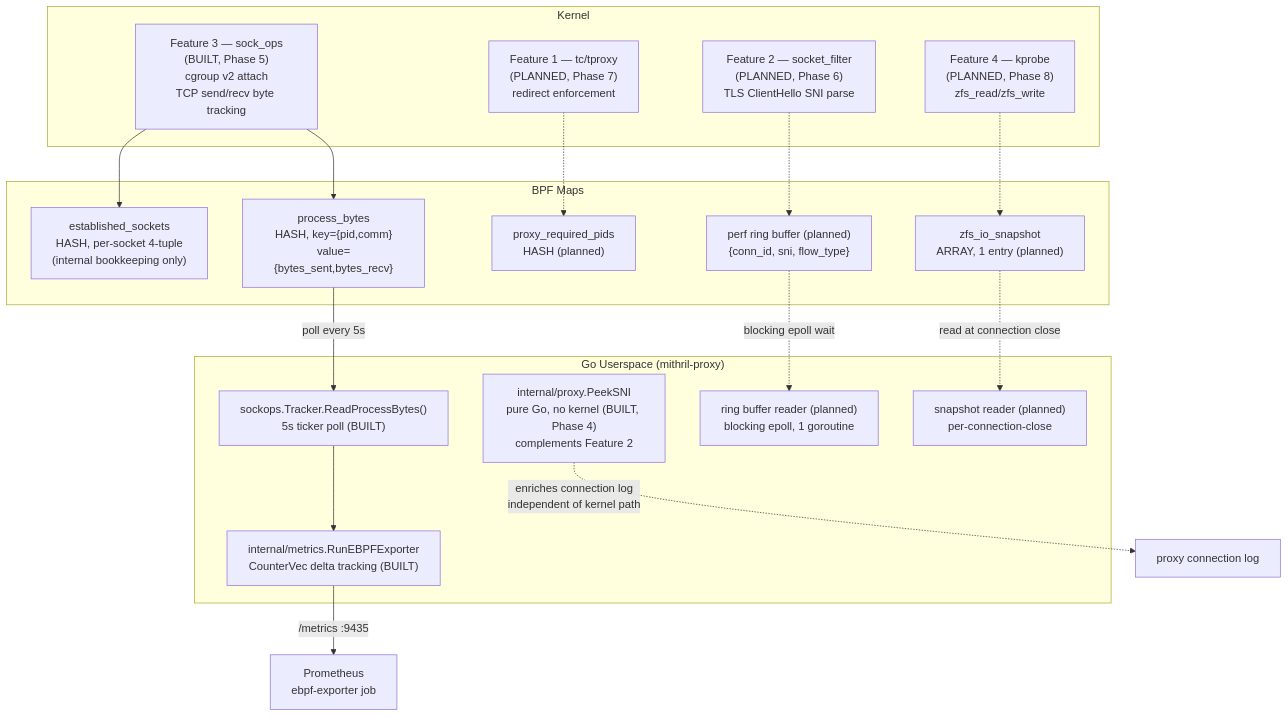
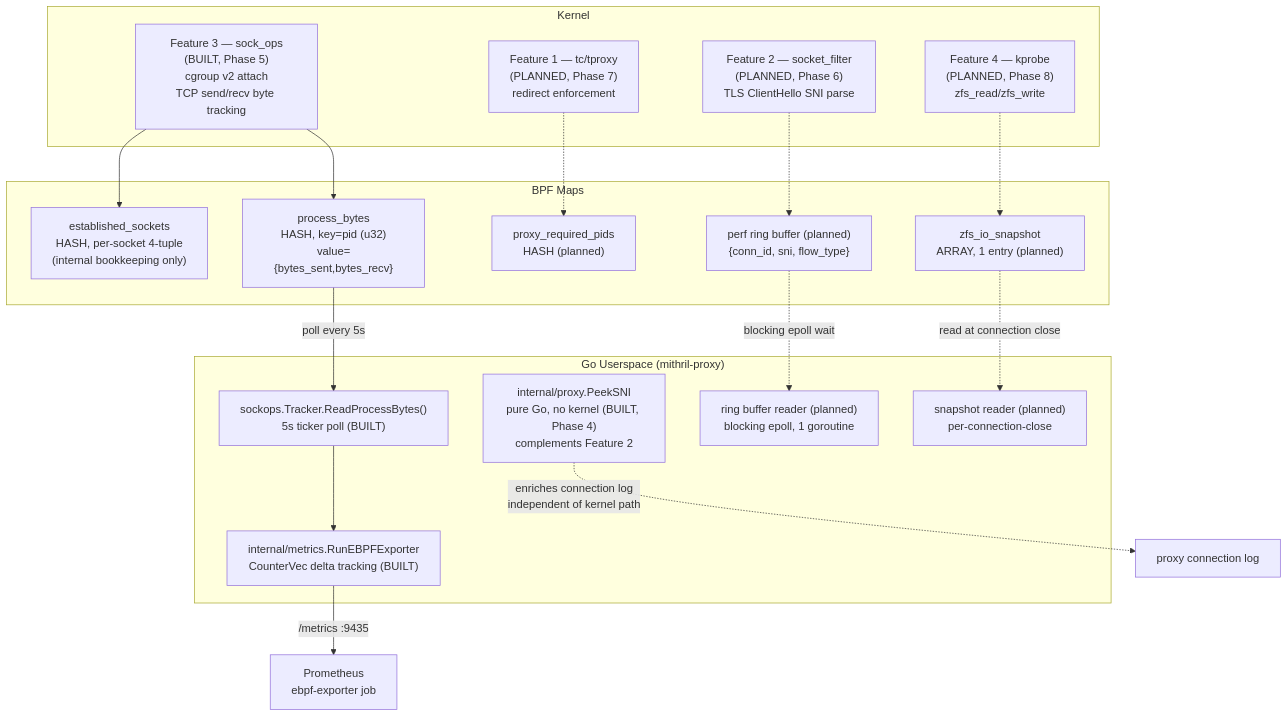
Before and after one commit to Dmaina5054/mithril: the diagram in docs/diagrams/ebpf-kernel-userspace.md, drawn with Mermaid. The commit also changed other lines of this file and 3 other files, not shown here.

````diff
--- a/docs/diagrams/ebpf-kernel-userspace.md
+++ b/docs/diagrams/ebpf-kernel-userspace.md
@@ -15,40 +15,40 @@
 ```mermaid
 flowchart TB
     subgraph kernel["Kernel"]
         F3["Feature 3 — sock_ops\n(BUILT, Phase 5)\ncgroup v2 attach\nTCP send/recv byte tracking"]
         F2["Feature 2 — socket_filter\n(PLANNED, Phase 6)\nTLS ClientHello SNI parse"]
         F1["Feature 1 — tc/tproxy\n(PLANNED, Phase 7)\nredirect enforcement"]
         F4["Feature 4 — kprobe\n(PLANNED, Phase 8)\nzfs_read/zfs_write"]
     end
 
     subgraph maps["BPF Maps"]
         M_ESTAB["established_sockets\nHASH, per-socket 4-tuple\n(internal bookkeeping only)"]
-        M_PROC["process_bytes\nHASH, key={pid,comm}\nvalue={bytes_sent,bytes_recv}"]
+        M_PROC["process_bytes\nHASH, key=pid (u32)\nvalue={bytes_sent,bytes_recv}"]
         M_PIDS["proxy_required_pids\nHASH (planned)"]
         RB_SNI["perf ring buffer (planned)\n{conn_id, sni, flow_type}"]
         M_ZFS["zfs_io_snapshot\nARRAY, 1 entry (planned)"]
     end
 
     F3 --> M_ESTAB
     F3 --> M_PROC
     F1 -.-> M_PIDS
     F2 -.-> RB_SNI
     F4 -.-> M_ZFS
 
     subgraph userspace["Go Userspace (mithril-proxy)"]
         READER["sockops.Tracker.ReadProcessBytes()\n5s ticker poll (BUILT)"]
         EXPORT["internal/metrics.RunEBPFExporter\nCounterVec delta tracking (BUILT)"]
         SNIGO["internal/proxy.PeekSNI\npure Go, no kernel (BUILT, Phase 4)\ncomplements Feature 2"]
         RBREAD["ring buffer reader (planned)\nblocking epoll, 1 goroutine"]
         ZFSREAD["snapshot reader (planned)\nper-connection-close"]
     end
 
     M_PROC -->|"poll every 5s"| READER
     READER --> EXPORT
     EXPORT -->|"/metrics :9435"| PROM["Prometheus\nebpf-exporter job"]
 
     RB_SNI -.->|"blocking epoll wait"| RBREAD
     M_ZFS -.->|"read at connection close"| ZFSREAD
 
     SNIGO -.->|"enriches connection log\nindependent of kernel path"| LOG["proxy connection log"]
 ```
````
